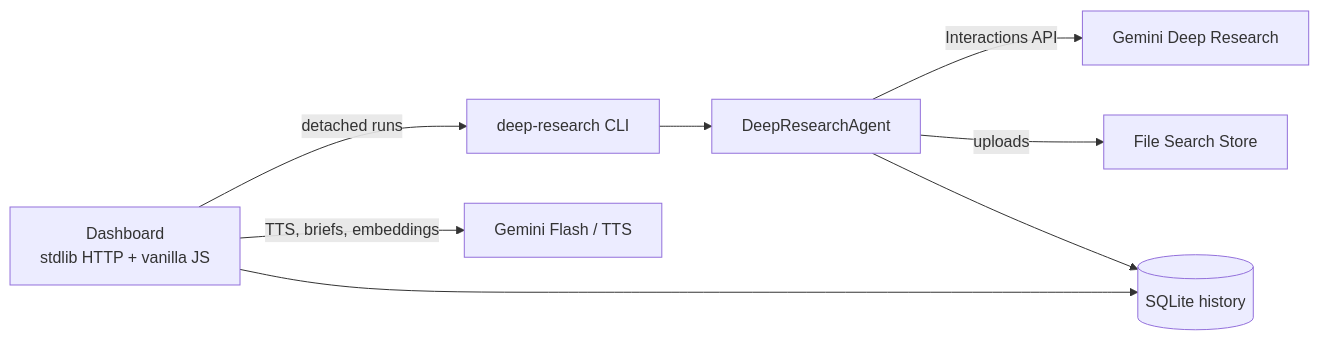
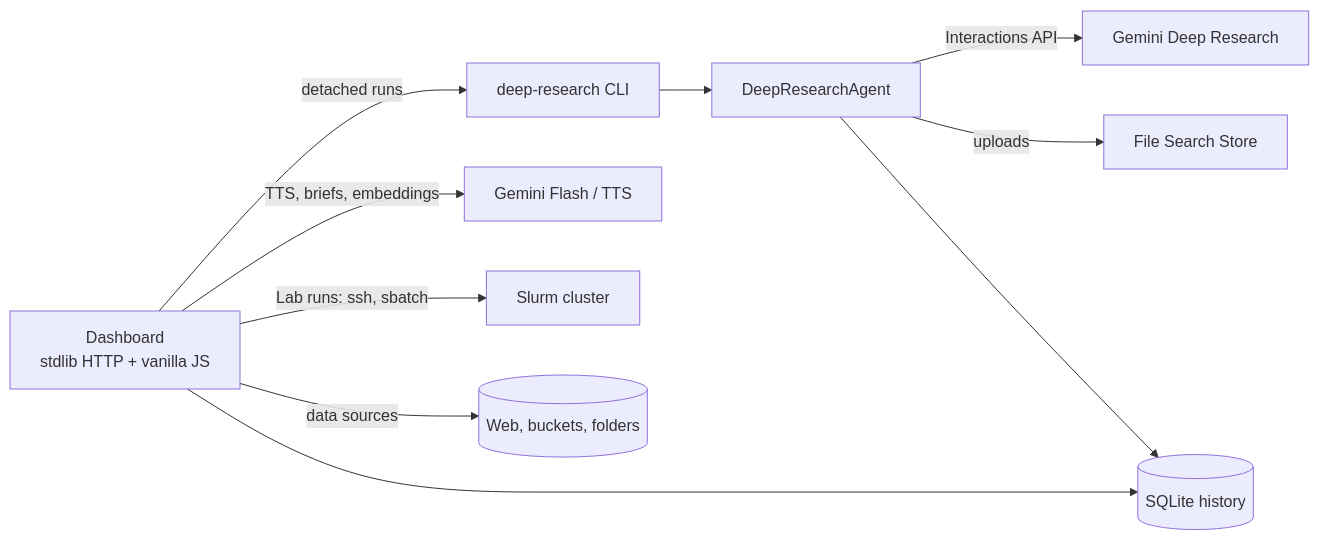
Before and after one commit to charles-forsyth/deep-research: the diagram in README.md, drawn with Mermaid. The commit also changed other lines of this file and 17 other files, not shown here.

Commit message:
docs: bring SPEC, README, ARCHITECTURE and DASHBOARD_DESIGN up to date with v0.28.0; new screenshots (#122)

````diff
--- a/README.md
+++ b/README.md
@@ -175,10 +206,12 @@
 ```mermaid
 flowchart LR
     CLI[deep-research CLI] --> Agent[DeepResearchAgent]
     Dash[Dashboard\nstdlib HTTP + vanilla JS] -->|detached runs| CLI
     Agent -->|Interactions API| Gemini[Gemini Deep Research]
     Agent -->|uploads| FS[File Search Store]
     Agent --> DB[(SQLite history)]
     Dash --> DB
     Dash -->|TTS, briefs, embeddings| Flash[Gemini Flash / TTS]
+    Dash -->|Lab runs: ssh, sbatch| HPC[Slurm cluster]
+    Dash -->|data sources| Data[(Web, buckets, folders)]
 ```
````
